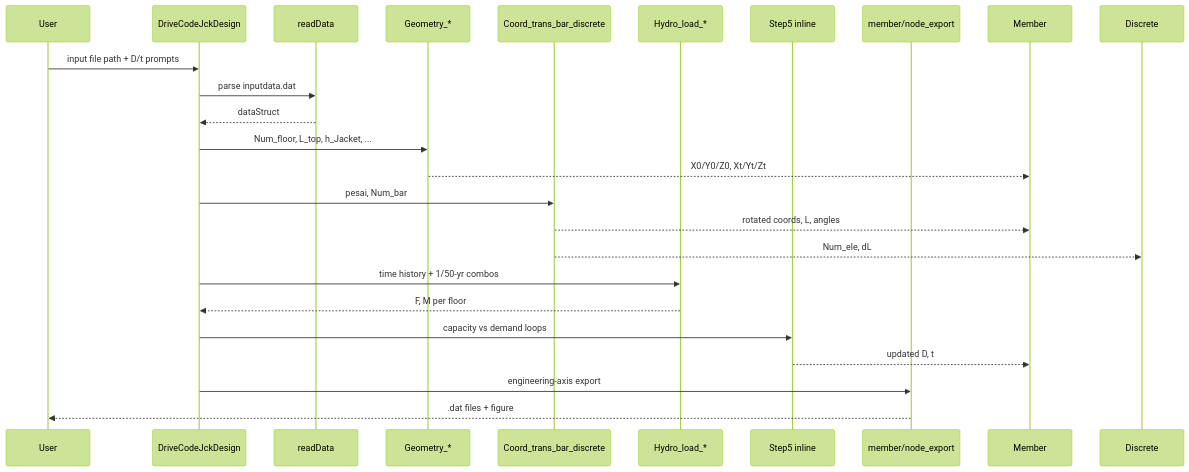
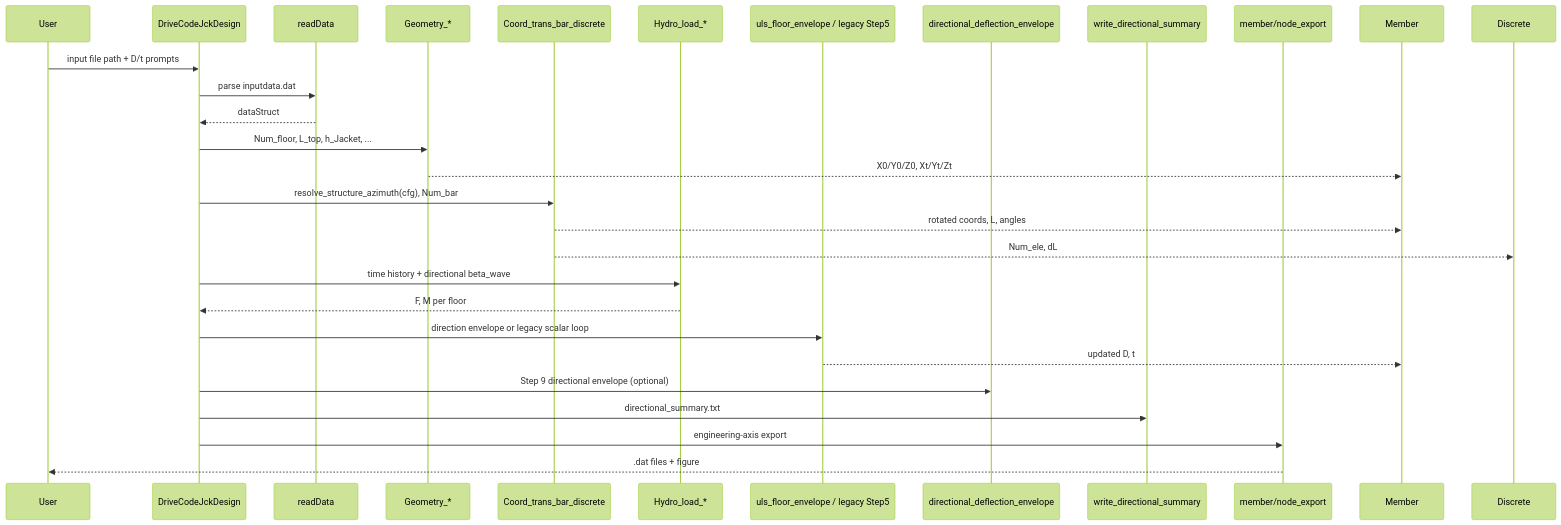
One commit to xirenqiang/Design-of-jacket-for-OWTs changed the second of 3 diagrams in Docs/ARCHITECTURE.md. Above: the diagram before and after it, drawn with Mermaid (forest theme). The commit also changed other lines of this file and 11 other files, not shown here.

````diff
--- a/Docs/ARCHITECTURE.md
+++ b/Docs/ARCHITECTURE.md
@@ -162,26 +162,30 @@
 ```mermaid
 sequenceDiagram
   participant User
   participant Driver as DriveCodeJckDesign
   participant RD as readData
   participant Geo as Geometry_*
   participant CT as Coord_trans_bar_discrete
   participant Hydro as Hydro_load_*
-  participant ULS as Step5 inline
+  participant ULS as uls_floor_envelope / legacy Step5
+  participant Defl as directional_deflection_envelope
+  participant Sum as write_directional_summary
   participant Exp as member/node_export
 
   User->>Driver: input file path + D/t prompts
   Driver->>RD: parse inputdata.dat
   RD-->>Driver: dataStruct
   Driver->>Geo: Num_floor, L_top, h_Jacket, ...
   Geo-->>Member: X0/Y0/Z0, Xt/Yt/Zt
-  Driver->>CT: pesai, Num_bar
+  Driver->>CT: resolve_structure_azimuth(cfg), Num_bar
   CT-->>Member: rotated coords, L, angles
   CT-->>Discrete: Num_ele, dL
-  Driver->>Hydro: time history + 1/50-yr combos
+  Driver->>Hydro: time history + directional beta_wave
   Hydro-->>Driver: F, M per floor
-  Driver->>ULS: capacity vs demand loops
+  Driver->>ULS: direction envelope or legacy scalar loop
   ULS-->>Member: updated D, t
+  Driver->>Defl: Step 9 directional envelope (optional)
+  Driver->>Sum: directional_summary.txt
   Driver->>Exp: engineering-axis export
   Exp-->>User: .dat files + figure
 ```
````
